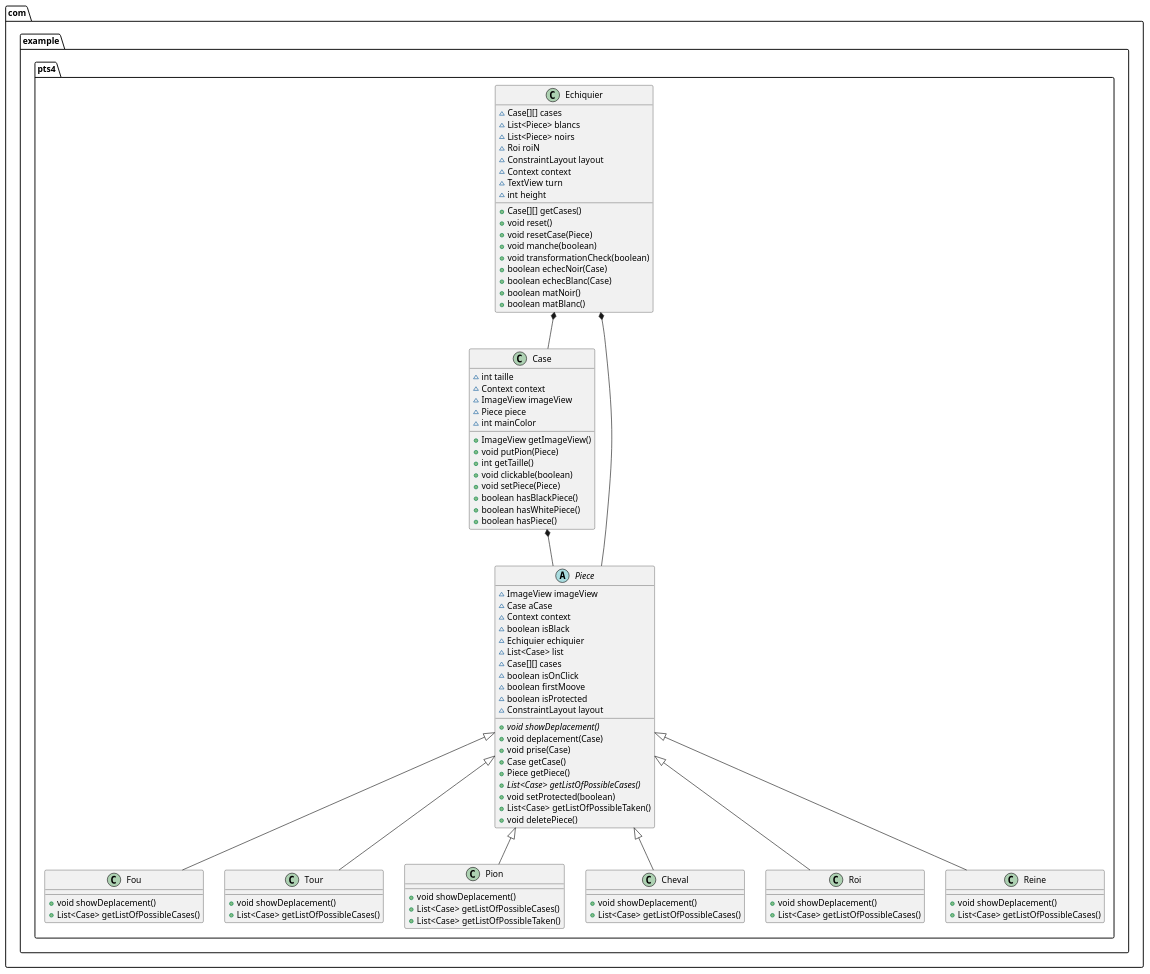
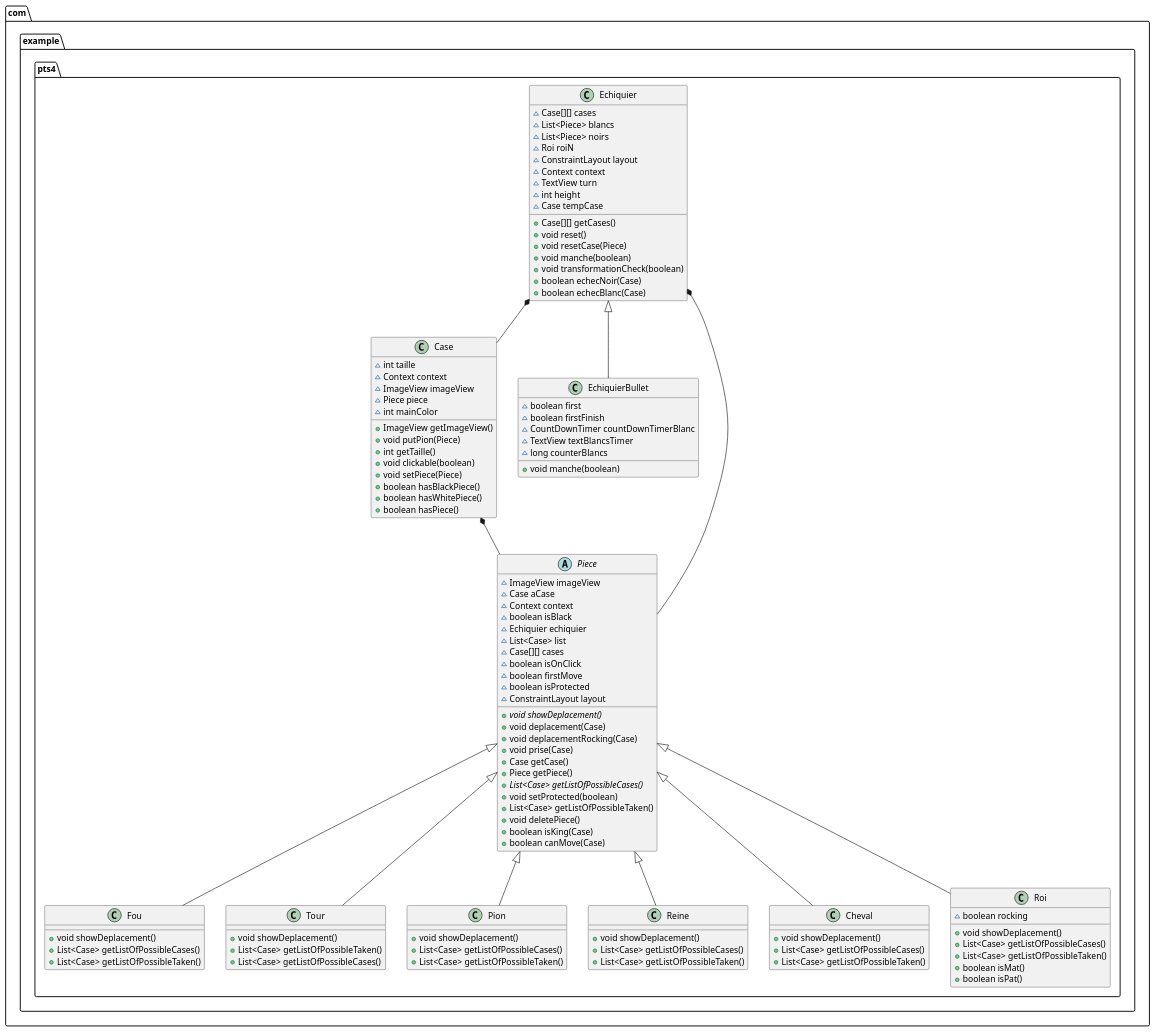
The diagram in app/src/main/java/com/example/pts4/classDiagram.puml (ToRr0aN/PTS4), drawn with PlantUML before and after one commit. The commit also changed 1 other file, not shown here.

Commit message:
patch launcher + class diagram

```diff
--- a/app/src/main/java/com/example/pts4/classDiagram.puml
+++ b/app/src/main/java/com/example/pts4/classDiagram.puml
@@ -2,98 +1,118 @@
 @startuml
 class com.example.pts4.Fou {
 + void showDeplacement()
 + List<Case> getListOfPossibleCases()
++ List<Case> getListOfPossibleTaken()
 }
-
 class com.example.pts4.Tour {
 + void showDeplacement()
++ List<Case> getListOfPossibleTaken()
 + List<Case> getListOfPossibleCases()
 }
 class com.example.pts4.Case {
 ~ int taille
 ~ Context context
 ~ ImageView imageView
 ~ Piece piece
 ~ int mainColor
 + ImageView getImageView()
 + void putPion(Piece)
 + int getTaille()
 + void clickable(boolean)
 + void setPiece(Piece)
 + boolean hasBlackPiece()
 + boolean hasWhitePiece()
 + boolean hasPiece()
 }
 
 class com.example.pts4.Pion {
 + void showDeplacement()
 + List<Case> getListOfPossibleCases()
 + List<Case> getListOfPossibleTaken()
 }
+class com.example.pts4.Reine {
++ void showDeplacement()
++ List<Case> getListOfPossibleCases()
++ List<Case> getListOfPossibleTaken()
+}
+
+class com.example.pts4.EchiquierBullet {
+~ boolean first
+~ boolean firstFinish
+~ CountDownTimer countDownTimerBlanc
+~ TextView textBlancsTimer
+~ long counterBlancs
++ void manche(boolean)
+}
 abstract class com.example.pts4.Piece {
 ~ ImageView imageView
 ~ Case aCase
 ~ Context context
 ~ boolean isBlack
 ~ Echiquier echiquier
 ~ List<Case> list
 ~ Case[][] cases
 ~ boolean isOnClick
-~ boolean firstMoove
+~ boolean firstMove
 ~ boolean isProtected
 ~ ConstraintLayout layout
 + {abstract}void showDeplacement()
 + void deplacement(Case)
++ void deplacementRocking(Case)
 + void prise(Case)
 + Case getCase()
 + Piece getPiece()
 + {abstract}List<Case> getListOfPossibleCases()
 + void setProtected(boolean)
 + List<Case> getListOfPossibleTaken()
 + void deletePiece()
++ boolean isKing(Case)
++ boolean canMove(Case)
 }
 class com.example.pts4.Cheval {
 + void showDeplacement()
 + List<Case> getListOfPossibleCases()
++ List<Case> getListOfPossibleTaken()
 }
 class com.example.pts4.Echiquier {
 ~ Case[][] cases
 ~ List<Piece> blancs
 ~ List<Piece> noirs
 ~ Roi roiN
 ~ ConstraintLayout layout
 ~ Context context
 ~ TextView turn
 ~ int height
+~ Case tempCase
 + Case[][] getCases()
 + void reset()
 + void resetCase(Piece)
 + void manche(boolean)
 + void transformationCheck(boolean)
 + boolean echecNoir(Case)
 + boolean echecBlanc(Case)
-+ boolean matNoir()
-+ boolean matBlanc()
 }
 class com.example.pts4.Roi {
+~ boolean rocking
 + void showDeplacement()
 + List<Case> getListOfPossibleCases()
-}
-class com.example.pts4.Reine {
-+ void showDeplacement()
-+ List<Case> getListOfPossibleCases()
++ List<Case> getListOfPossibleTaken()
++ boolean isMat()
++ boolean isPat()
 }
 
 
 com.example.pts4.Piece <|-- com.example.pts4.Fou
 com.example.pts4.Piece <|-- com.example.pts4.Tour
 com.example.pts4.Piece <|-- com.example.pts4.Pion
+com.example.pts4.Piece <|-- com.example.pts4.Reine
+com.example.pts4.Echiquier <|-- com.example.pts4.EchiquierBullet
 com.example.pts4.Piece <|-- com.example.pts4.Cheval
 com.example.pts4.Piece <|-- com.example.pts4.Roi
-com.example.pts4.Piece <|-- com.example.pts4.Reine
+
 
 com.example.pts4.Echiquier *-- com.example.pts4.Case
 com.example.pts4.Echiquier *-- com.example.pts4.Piece
 com.example.pts4.Case *-- com.example.pts4.Piece
 
 @enduml
```
